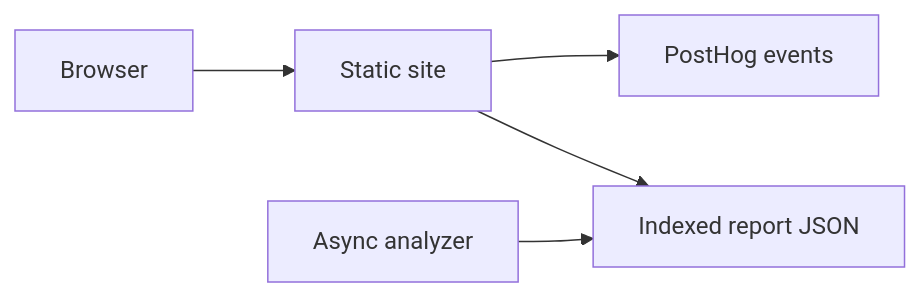
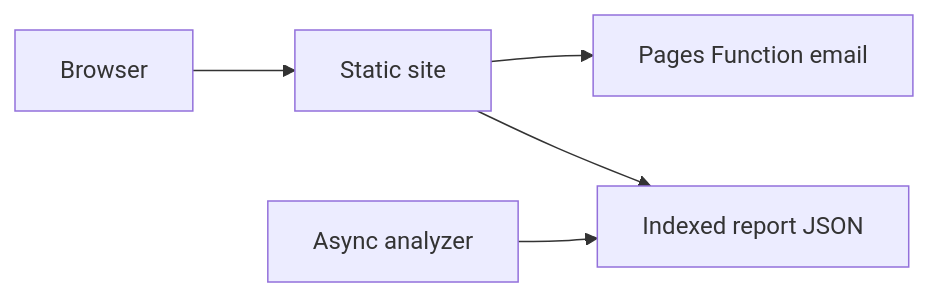
The diagram in README.md (vicsn/lean-report-card), drawn with Mermaid before and after one commit. The commit also changed other lines of this file and 22 other files, not shown here.

First line of the commit message:
Email form submissions through Cloudflare instead of PostHog.

````diff
--- a/README.md
+++ b/README.md
@@ -9,7 +9,7 @@
 ```mermaid
 flowchart LR
     U[Browser] --> S[Static site]
-    S --> H[PostHog events]
+    S --> H[Pages Function email]
     S --> J[Indexed report JSON]
     W[Async analyzer] --> J
 ```
````
